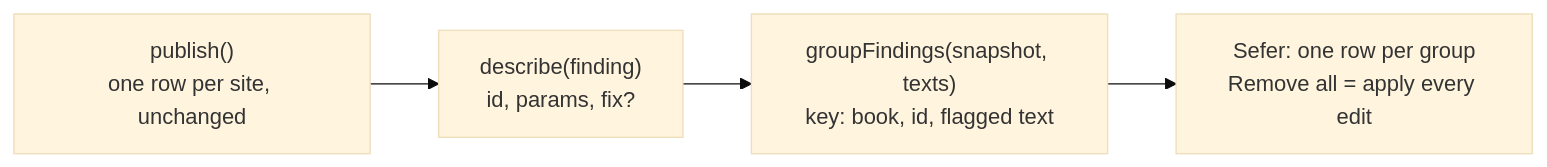
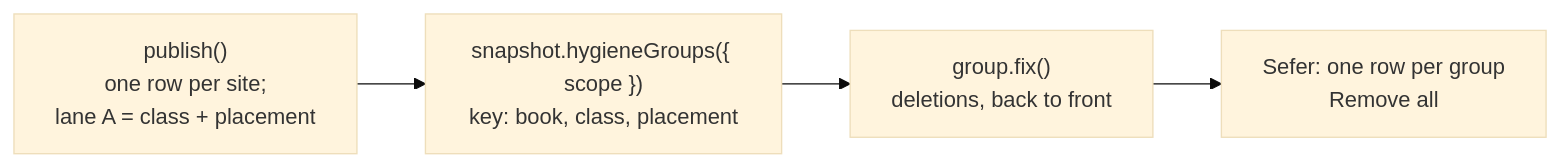
The diagram in planning/items/2026-10-20-hygiene-fixes-and-grouping-one-row-per-habit-remov.mdx (WycliffeAssociates/scripture-kitchen), drawn with Mermaid (base theme) before and after one commit. The commit also changed other lines of this file, not shown here.

Commit message:
The hygiene fixes plan is agreed: placement rides lane A, every fix is a deletion, grouping is a reader method in Rust and TS held equal by one case file, hygiene only.

````diff
--- a/planning/items/2026-10-20-hygiene-fixes-and-grouping-one-row-per-habit-remov.mdx
+++ b/planning/items/2026-10-20-hygiene-fixes-and-grouping-one-row-per-habit-remov.mdx
@@ -27,6 +29,6 @@
 ```mermaid
 flowchart LR
-  P["publish()<br/>one row per site, unchanged"] --> D["describe(finding)<br/>id, params, fix?"]
-  D --> G["groupFindings(snapshot, texts)<br/>key: book, id, flagged text"]
-  G --> S["Sefer: one row per group<br/>Remove all = apply every edit"]
+  P["publish()<br/>one row per site;<br/>lane A = class + placement"] --> G["snapshot.hygieneGroups({ scope })<br/>key: book, class, placement"]
+  G --> F["group.fix()<br/>deletions, back to front"]
+  F --> S["Sefer: one row per group<br/>Remove all"]
 ```
````
